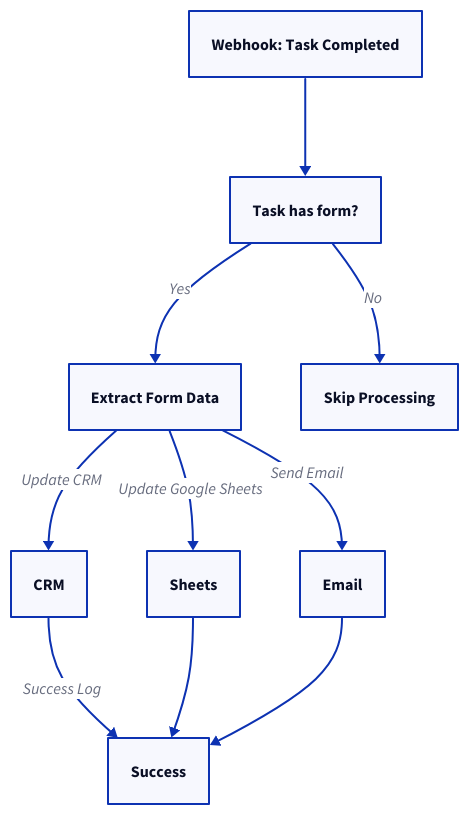
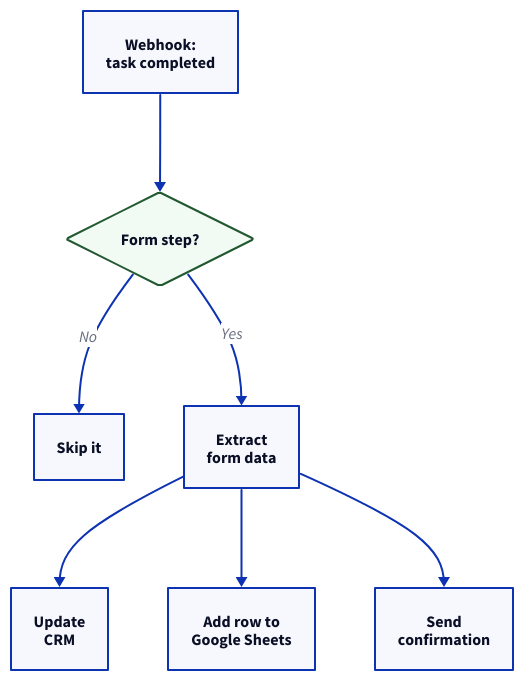
One commit to tallyfy/documentation changed the diagram in src/content/docs/pro/integrations/middleware/n8n/common-n8n-workflow-examples.mdx. Above: the diagram before and after it, drawn with D2. The commit also changed other lines of this file and 55 other files, not shown here.

First line of the commit message:
Redraw the help docs' diagrams so they read at full size, and fix the wrong ones (#508)

````diff
--- a/src/content/docs/pro/integrations/middleware/n8n/common-n8n-workflow-examples.mdx
+++ b/src/content/docs/pro/integrations/middleware/n8n/common-n8n-workflow-examples.mdx
@@ -100,23 +100,23 @@
 ```d2
-CRM: "CRM"
-Email: "Email"
-Extract: "Extract"
-Sheets: "Sheets"
-Success: "Success"
-Start: "Webhook: Task Completed"
-Check: "Task has form?"
+# n8n workflow: one completed form updates three systems
+direction: down
+
+Start: "Webhook:\ntask completed"
+Check: "Form step?" {
+  shape: diamond
+  style.fill: "#f2faf4"
+  style.stroke: "#225930"
+}
+Skip: "Skip it"
+Extract: "Extract\nform data"
+CRM: "Update\nCRM"
+Sheets: "Add row to\nGoogle Sheets"
+Email: "Send\nconfirmation"
+
 Start -> Check
 Check -> Extract: "Yes"
-Extract: "Extract Form Data"
 Check -> Skip: "No"
-Skip: "Skip Processing"
-Extract -> CRM: "Update CRM" {
-}
-Extract -> Sheets: "Update Google Sheets" {
-}
-Extract -> Email: "Send Email" {
-}
-CRM -> Success: "Success Log"
-Sheets -> Success
-Email -> Success
+Extract -> CRM
+Extract -> Sheets
+Extract -> Email
 ```
````
